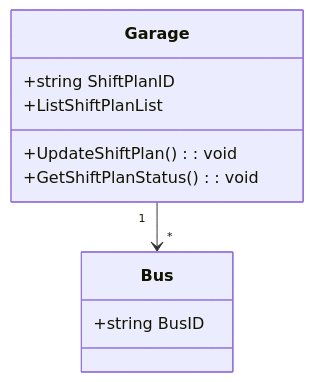
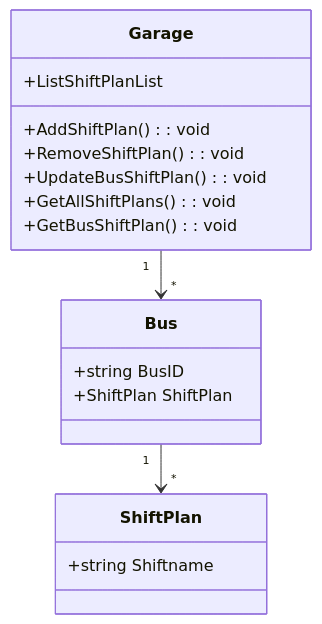
Before and after one commit to Team-14-pa-UCL/Getting-Real2: the diagram in Dokumentation/Iteration 2/Use Case 5/DCD.mmd, drawn with Mermaid. The commit also changed 5 other files, not shown here.

Commit message:
added ShiftPlan class added shiftPlan to Bus constructor in BUS class added Shiftplan to UIGarage both as userinput and as parameter in create bus object added ShiftPlan property to BUS class

```diff
--- a/Dokumentation/Iteration 2/Use Case 5/DCD.mmd
+++ b/Dokumentation/Iteration 2/Use Case 5/DCD.mmd
@@ -1,13 +1,21 @@
 classDiagram
+	class ShiftPlan{
+		+string Shiftname
+	}
+
 	class Bus {
 		+string BusID	
+		+ShiftPlan ShiftPlan
 	}
 
 	class Garage {		
-		+string ShiftPlanID	
 		+List<Garage>ShiftPlanList
-		+UpdateShiftPlan() : void
-		+GetShiftPlanStatus() : void
+		+AddShiftPlan() : void
+		+RemoveShiftPlan() : void
+		+UpdateBusShiftPlan() : void
+		+GetAllShiftPlans() : void
+		+GetBusShiftPlan() : void
 	}
 
 	Garage "1" --> "*" Bus
+	Bus "1" --> "*" ShiftPlan
```
